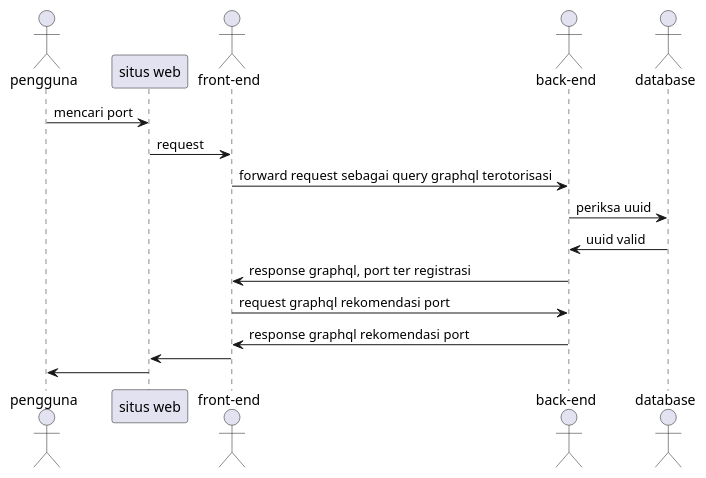
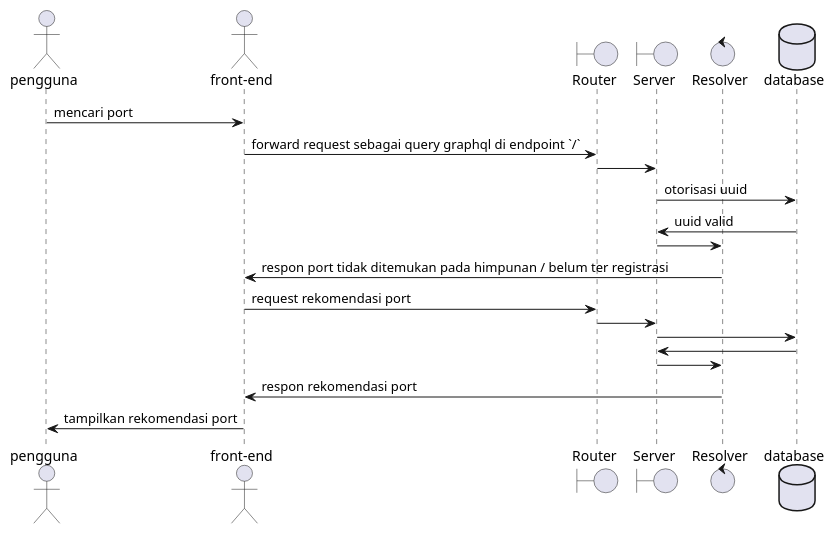
The diagram in rekomendasi-port.puml (stnDinus/skpl_apbo_sequence_diagram), drawn with PlantUML before and after one commit.

Commit message:
fix: remove usage of rectangles

```diff
--- a/rekomendasi-port.puml
+++ b/rekomendasi-port.puml
@@ -1,18 +1,23 @@
 @startuml
 actor pengguna
-participant "situs web" as web
 actor "front-end" as fe
-actor "back-end" as be
-actor "database" as db
+boundary Router as router
+boundary Server as srv
+control Resolver as resolver
+database "database" as db
 
-pengguna -> web: mencari port
-web -> fe: request
-fe -> be: forward request sebagai query graphql terotorisasi
-be -> db: periksa uuid
-db -> be: uuid valid
-be -> fe: response graphql, port ter registrasi
-fe -> be: request graphql rekomendasi port
-be -> fe: response graphql rekomendasi port
-fe -> web
-web -> pengguna
+pengguna -> fe: mencari port
+fe -> router: forward request sebagai query graphql di endpoint `/`
+router -> srv
+srv -> db: otorisasi uuid
+db -> srv: uuid valid
+srv -> resolver
+resolver -> fe: respon port tidak ditemukan pada himpunan / belum ter registrasi
+fe -> router: request rekomendasi port
+router -> srv
+srv -> db
+db -> srv
+srv -> resolver
+resolver -> fe: respon rekomendasi port
+fe -> pengguna: tampilkan rekomendasi port
 @enduml
```
